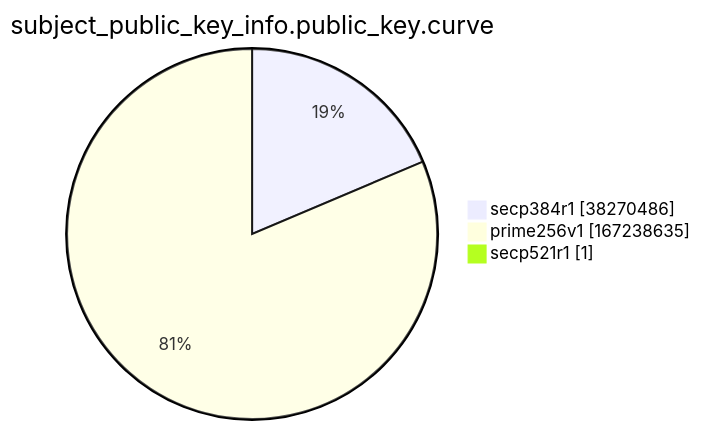
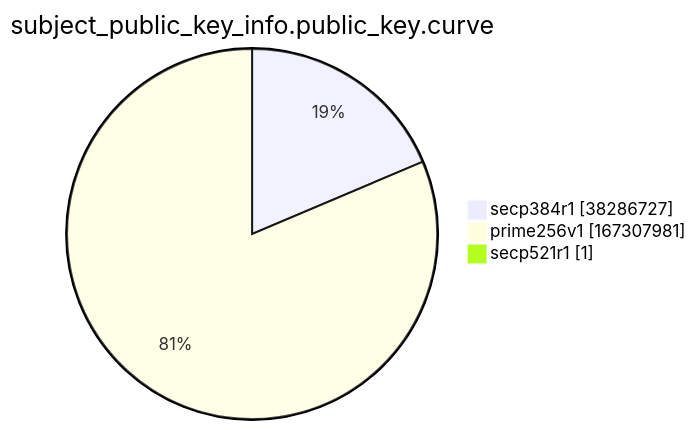
One commit to christiankrug/ctmonitor_visualization changed the ninth of 15 diagrams in argon2022/README.md. Above: the diagram before and after it, drawn with Mermaid. The commit also changed other lines of this file, not shown here.

````diff
--- a/argon2022/README.md
+++ b/argon2022/README.md
@@ -2766,7 +2766,7 @@
 ```mermaid
 pie showData
 title subject_public_key_info.public_key.curve
-"secp384r1" :38270486
-"prime256v1" :167238635
+"secp384r1" :38286727
+"prime256v1" :167307981
 "secp521r1" :1
 ```
````
